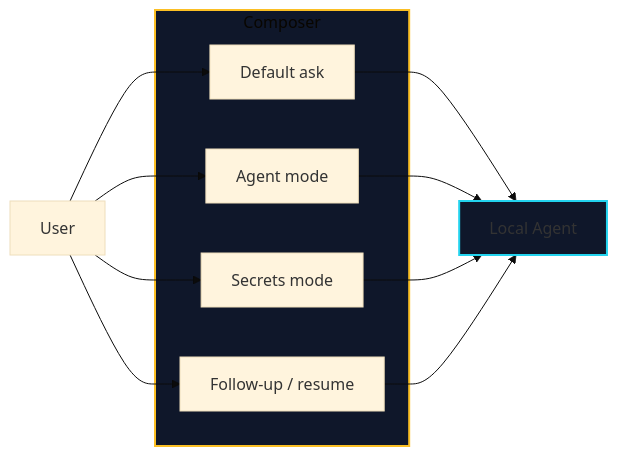
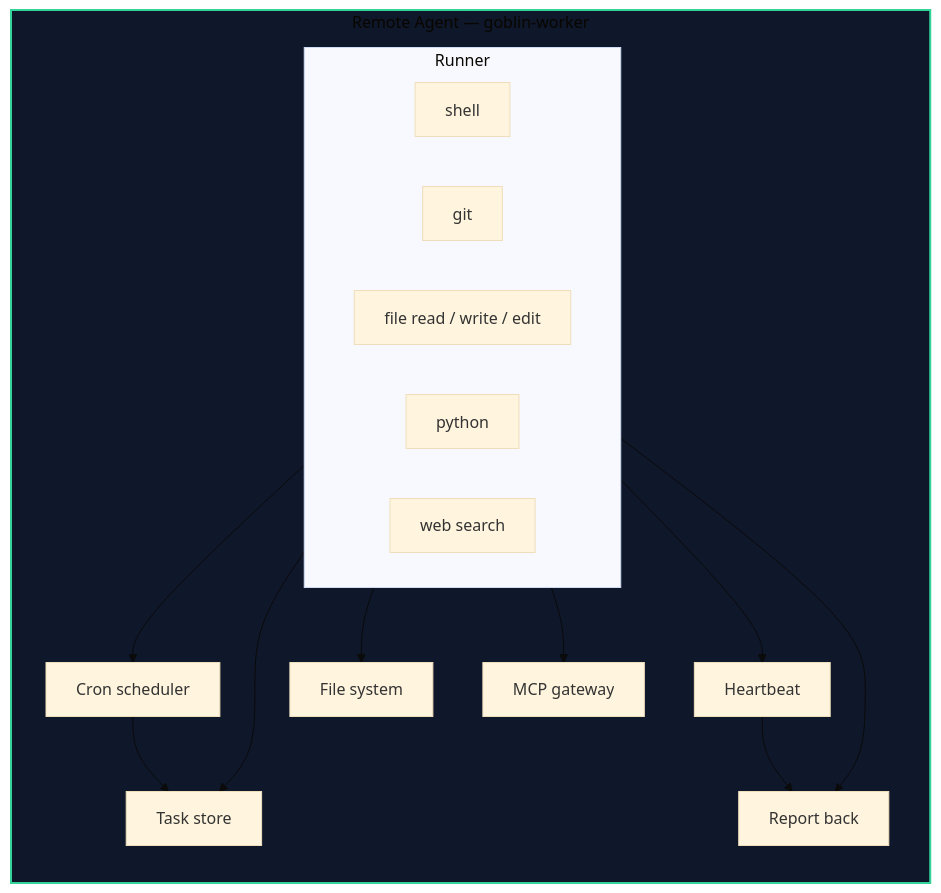
Before and after one commit to AdrianTuci1/goble: the third of 8 diagrams in docs/local-remote-agent-graph.md, drawn with Mermaid (base theme). The commit also changed other lines of this file, not shown here.

Commit message:
docs: clearer local-remote agent graph with runners, chat renderers, multi-turn state

````diff
--- a/docs/local-remote-agent-graph.md
+++ b/docs/local-remote-agent-graph.md
@@ -119,22 +150,32 @@
 ```mermaid
-flowchart LR
-    subgraph COMPOSER["Composer"]
-        C1["Default ask"]
-        C2["Agent mode"]
-        C3["Secrets mode"]
-        C4["Follow-up / resume"]
+flowchart TB
+    subgraph REMOTE["Remote Agent — goblin-worker"]
+        direction TB
+
+        subgraph R_RUNNER["Runner"]
+            RR1["shell"]
+            RR2["git"]
+            RR3["file read / write / edit"]
+            RR4["python"]
+            RR5["web search"]
+        end
+
+        R_FS["File system"]
+        R_MCP["MCP gateway"]
+        R_CRON["Cron scheduler"]
+        R_TASKS["Task store"]
+        R_HEART["Heartbeat"]
+        R_REPORT["Report back"]
     end
 
-    U["User"] --> C1
-    U --> C2
-    U --> C3
-    U --> C4
+    R_RUNNER --> R_FS
+    R_RUNNER --> R_MCP
+    R_RUNNER --> R_CRON
+    R_CRON --> R_TASKS
+    R_RUNNER --> R_TASKS
+    R_RUNNER --> R_HEART
+    R_HEART --> R_REPORT
+    R_RUNNER --> R_REPORT
 
-    C1 --> L["Local Agent"]
-    C2 --> L
-    C3 --> L
-    C4 --> L
-
-    style COMPOSER fill:#0f172a,stroke:#fbbf24,stroke-width:2px
-    style L fill:#0f172a,stroke:#22d3ee,stroke-width:2px
+    style REMOTE fill:#0f172a,stroke:#34d399,stroke-width:2px
 ```
````
